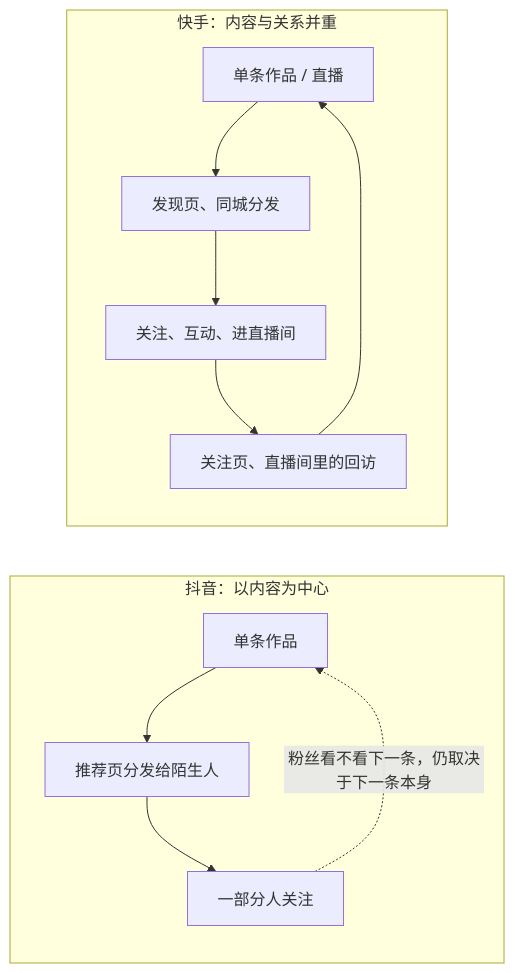
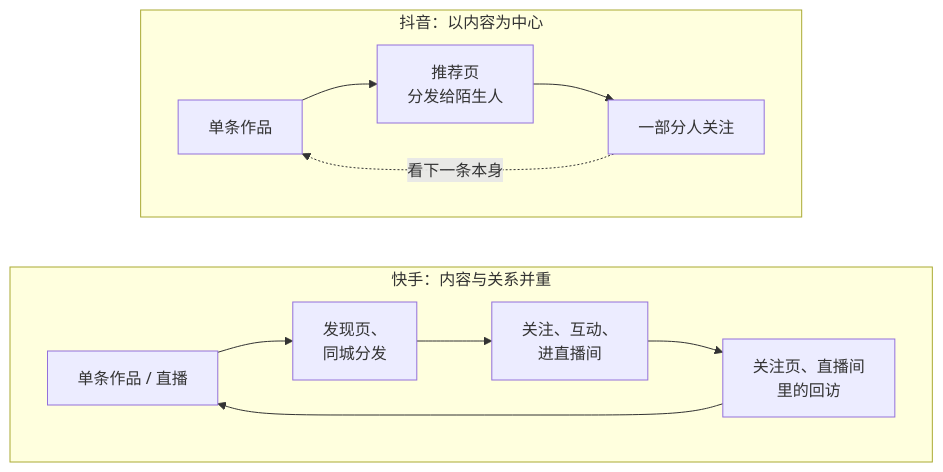
One commit to jarvis-pro/hatch-shelf changed the diagram in books/douyin-kuaishou/01-two-platforms.md. Above: the diagram before and after it, drawn with Mermaid. The commit also changed other lines of this file and 432 other files, not shown here.

````diff
--- a/books/douyin-kuaishou/01-two-platforms.md
+++ b/books/douyin-kuaishou/01-two-platforms.md
@@ -51,14 +51,15 @@
 ```mermaid
-flowchart LR
+flowchart TD
   subgraph DY["抖音：以内容为中心"]
-    A1["单条作品"] --> A2["推荐页分发给陌生人"]
+    A1["单条作品"] --> A2["推荐页<br/>分发给陌生人"]
     A2 --> A3["一部分人关注"]
-    A3 -.->|"粉丝看不看下一条，仍取决于下一条本身"| A1
+    A3 -.->|"看下一条本身"| A1
   end
   subgraph KS["快手：内容与关系并重"]
-    B1["单条作品 / 直播"] --> B2["发现页、同城分发"]
-    B2 --> B3["关注、互动、进直播间"]
-    B3 --> B4["关注页、直播间里的回访"]
+    B1["单条作品 / 直播"] --> B2["发现页、<br/>同城分发"]
+    B2 --> B3["关注、互动、<br/>进直播间"]
+    B3 --> B4["关注页、直播间<br/>里的回访"]
     B4 --> B1
   end
+  DY ~~~ KS
 ```
````
